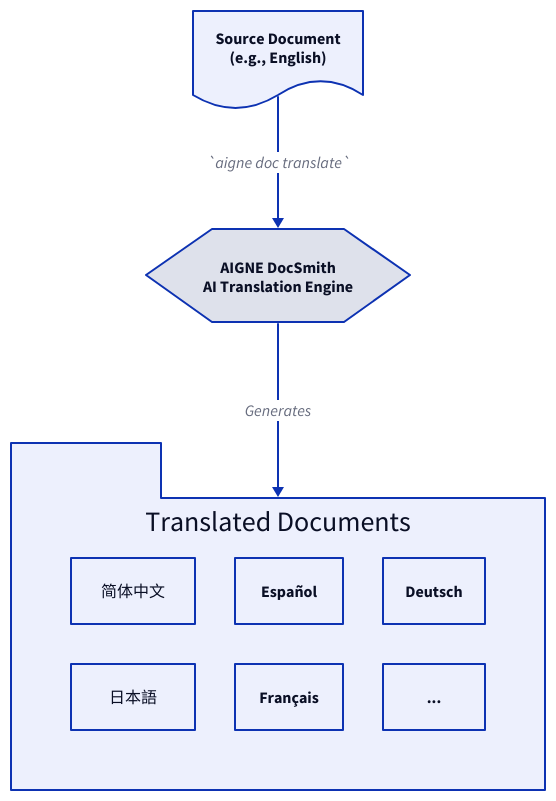
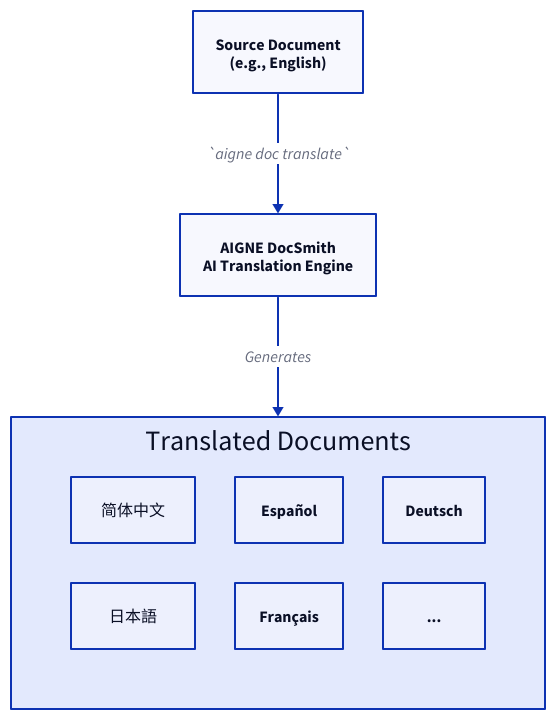
The diagram in docs/configuration-language-support.md (AIGNE-io/aigne-doc-smith), drawn with D2 before and after one commit. The commit also changed other lines of this file and 35 other files, not shown here.

````diff
--- a/docs/configuration-language-support.md
+++ b/docs/configuration-language-support.md
@@ -13,29 +7,29 @@
 ```d2
 direction: down
 
 Source-Doc: {
   label: "Source Document\n(e.g., English)"
-  shape: document
+  shape: rectangle
 }
 
 AI-Engine: {
   label: "AIGNE DocSmith\nAI Translation Engine"
-  shape: hexagon
+  shape: rectangle
 }
 
 Translated-Docs: {
   label: "Translated Documents"
-  shape: package
+  shape: rectangle
   grid-columns: 3
 
   zh: "简体中文"
   ja: "日本語"
   es: "Español"
   fr: "Français"
   de: "Deutsch"
   more: "..."
 }
 
 Source-Doc -> AI-Engine: "`aigne doc translate`"
 AI-Engine -> Translated-Docs: "Generates"
 ```
````
